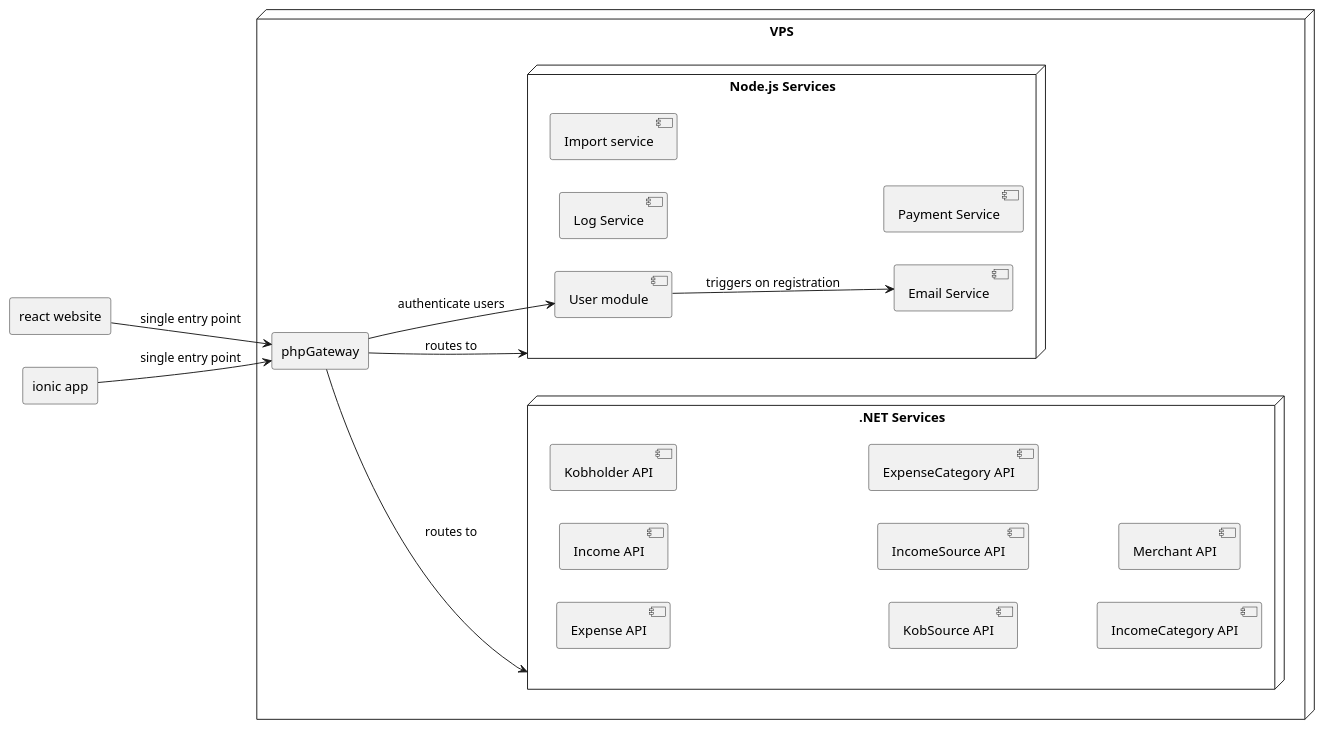
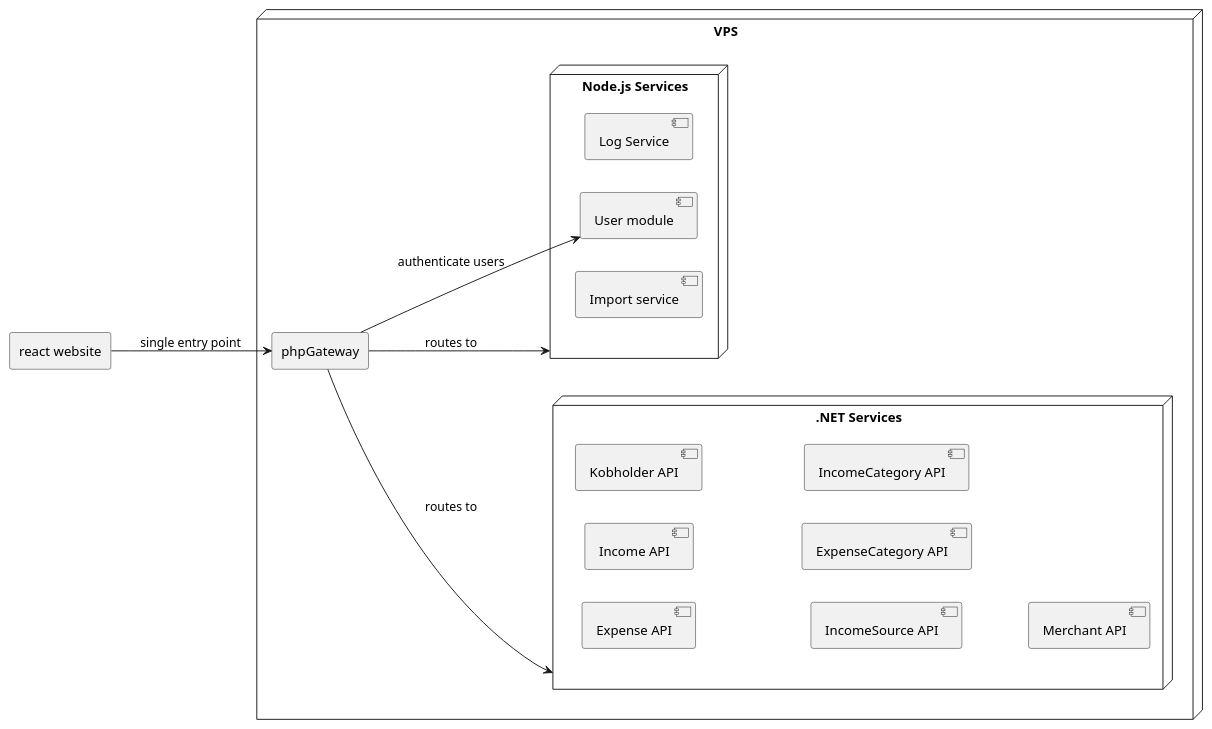
The diagram in components_current.puml (kuaminika/kobflowWiki), drawn with PlantUML before and after one commit. The commit also changed 5 other files, not shown here.

```diff
--- a/components_current.puml
+++ b/components_current.puml
@@ -1,37 +1,32 @@
 @startuml
 left to right direction
 
-rectangle "react website" as webClient
-rectangle "ionic app" as mobileClient
+rectangle "react website" as webClient 
 
 node "VPS" {
   rectangle phpGateway
   node ".NET Services" as dotNetServices {
     [Expense API] as ExpenseAPI
     [Income API] as IncomeAPI
     [Kobholder API] as KobholderAPI
-    [KobSource API] as KobSourceAPI
     [IncomeSource API] as IncomeSourceAPI
     [ExpenseCategory API] as ExpenseCategoryAPI
     [IncomeCategory API] as IncomeCategoryAPI
     [Merchant API] as MerchantAPI
   }
   node "Node.js Services" as nodeServices {
     [Log Service] as logService
     [User module] as userModule
     [Import service] as importService
-    [Email Service] as emailService
-    [Payment Service] as paymentService
+  
   }
 }
 
-webClient --> phpGateway : single entry point
-mobileClient --> phpGateway : single entry point
+webClient --> phpGateway : single entry point 
 
 phpGateway --> dotNetServices : routes to
 phpGateway --> nodeServices : routes to
 phpGateway --> userModule : authenticate users
-
-userModule --> emailService : triggers on registration
+ 
 
 @enduml
```
